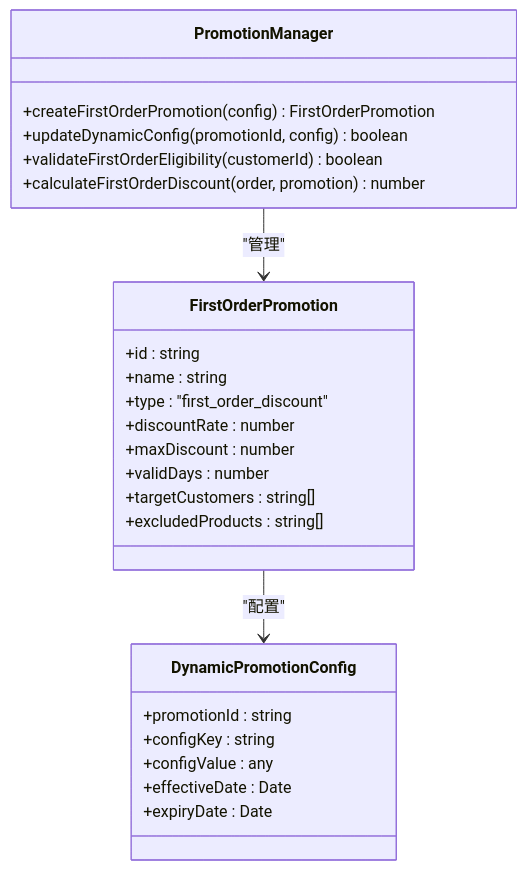
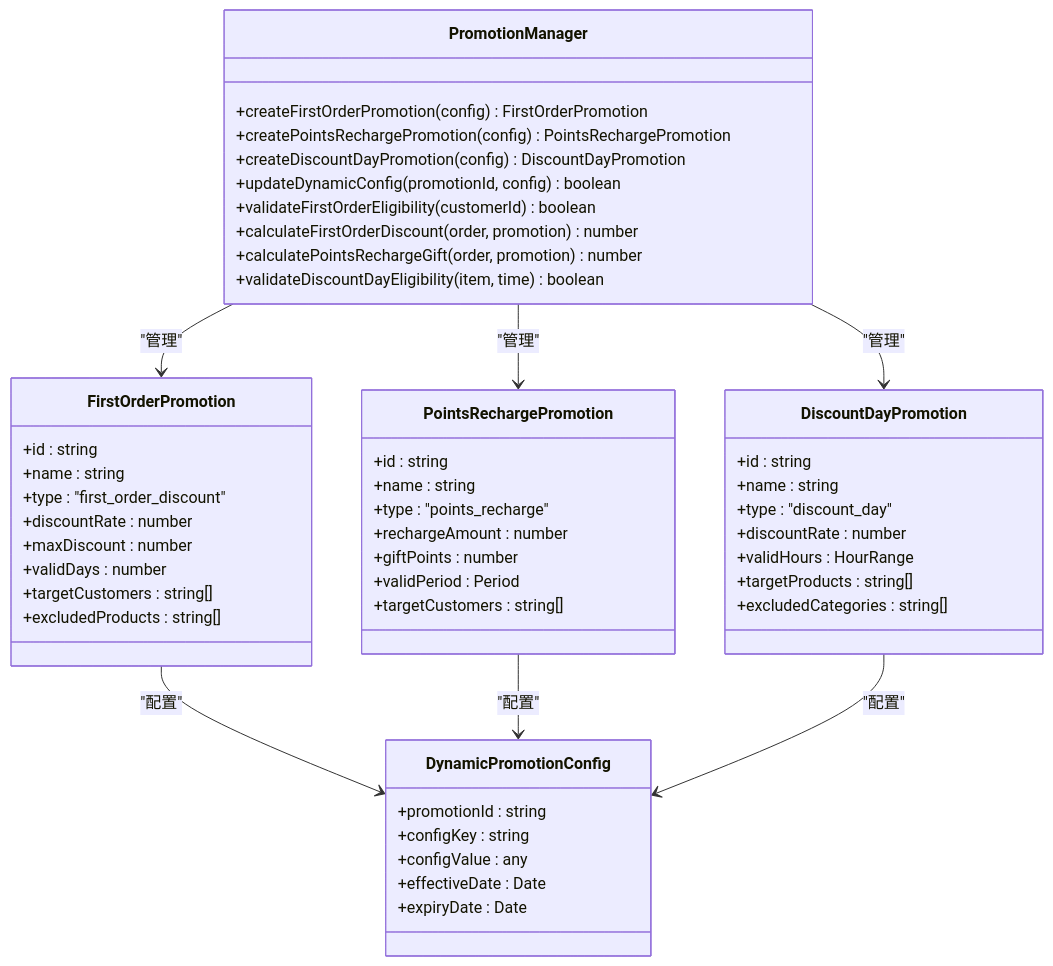
One commit to rc558620/purelyprofit-server changed the tenth of 19 diagrams in .qoder/repowiki/zh/content/业务模块/营销推广模块/营销推广模块.md. Above: the diagram before and after it, drawn with Mermaid. The commit also changed other lines of this file and 18 other files, not shown here.

````diff
--- a/.qoder/repowiki/zh/content/业务模块/营销推广模块/营销推广模块.md
+++ b/.qoder/repowiki/zh/content/业务模块/营销推广模块/营销推广模块.md
@@ -538,28 +541,54 @@
 ```mermaid
 classDiagram
 class FirstOrderPromotion {
 +id : string
 +name : string
 +type : "first_order_discount"
 +discountRate : number
 +maxDiscount : number
 +validDays : number
 +targetCustomers : string[]
 +excludedProducts : string[]
 }
+class PointsRechargePromotion {
++id : string
++name : string
++type : "points_recharge"
++rechargeAmount : number
++giftPoints : number
++validPeriod : Period
++targetCustomers : string[]
+}
+class DiscountDayPromotion {
++id : string
++name : string
++type : "discount_day"
++discountRate : number
++validHours : HourRange
++targetProducts : string[]
++excludedCategories : string[]
+}
 class DynamicPromotionConfig {
 +promotionId : string
 +configKey : string
 +configValue : any
 +effectiveDate : Date
 +expiryDate : Date
 }
 class PromotionManager {
 +createFirstOrderPromotion(config) FirstOrderPromotion
++createPointsRechargePromotion(config) PointsRechargePromotion
++createDiscountDayPromotion(config) DiscountDayPromotion
 +updateDynamicConfig(promotionId, config) boolean
 +validateFirstOrderEligibility(customerId) boolean
 +calculateFirstOrderDiscount(order, promotion) number
++calculatePointsRechargeGift(order, promotion) number
++validateDiscountDayEligibility(item, time) boolean
 }
 FirstOrderPromotion --> DynamicPromotionConfig : "配置"
+PointsRechargePromotion --> DynamicPromotionConfig : "配置"
+DiscountDayPromotion --> DynamicPromotionConfig : "配置"
 PromotionManager --> FirstOrderPromotion : "管理"
+PromotionManager --> PointsRechargePromotion : "管理"
+PromotionManager --> DiscountDayPromotion : "管理"
 ```
````
